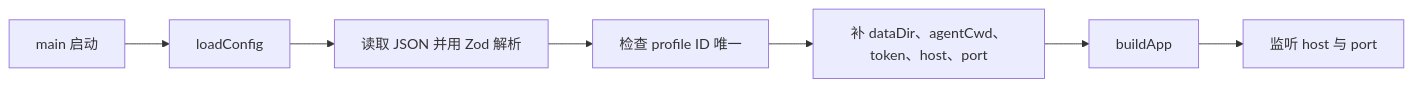
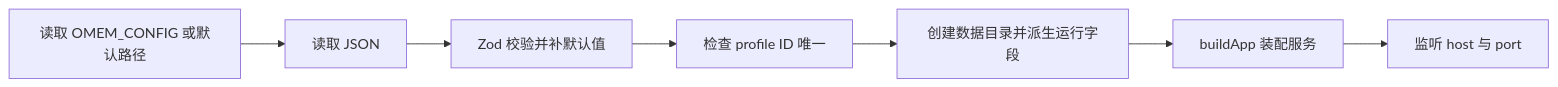
One commit to lejunyang/omem changed the diagram in .repo-review/knowledge/articles/2844f7d41d9153865ae8afc9a2f4071e4d6092af355a363c879f6fb254c82c50.md. Above: the diagram before and after it, drawn with Mermaid. The commit also changed other lines of this file and 23 other files, not shown here.

````diff
--- a/.repo-review/knowledge/articles/2844f7d41d9153865ae8afc9a2f4071e4d6092af355a363c879f6fb254c82c50.md
+++ b/.repo-review/knowledge/articles/2844f7d41d9153865ae8afc9a2f4071e4d6092af355a363c879f6fb254c82c50.md
@@ -19,9 +19,9 @@
 ```mermaid
 flowchart LR
-  A[main 启动] --> B[loadConfig]
-  B --> C[读取 JSON 并用 Zod 解析]
+  A[读取 OMEM_CONFIG 或默认路径] --> B[读取 JSON]
+  B --> C[Zod 校验并补默认值]
   C --> D[检查 profile ID 唯一]
-  D --> E[补 dataDir、agentCwd、token、host、port]
-  E --> F[buildApp]
+  D --> E[创建数据目录并派生运行字段]
+  E --> F[buildApp 装配服务]
   F --> G[监听 host 与 port]
 ```
````
